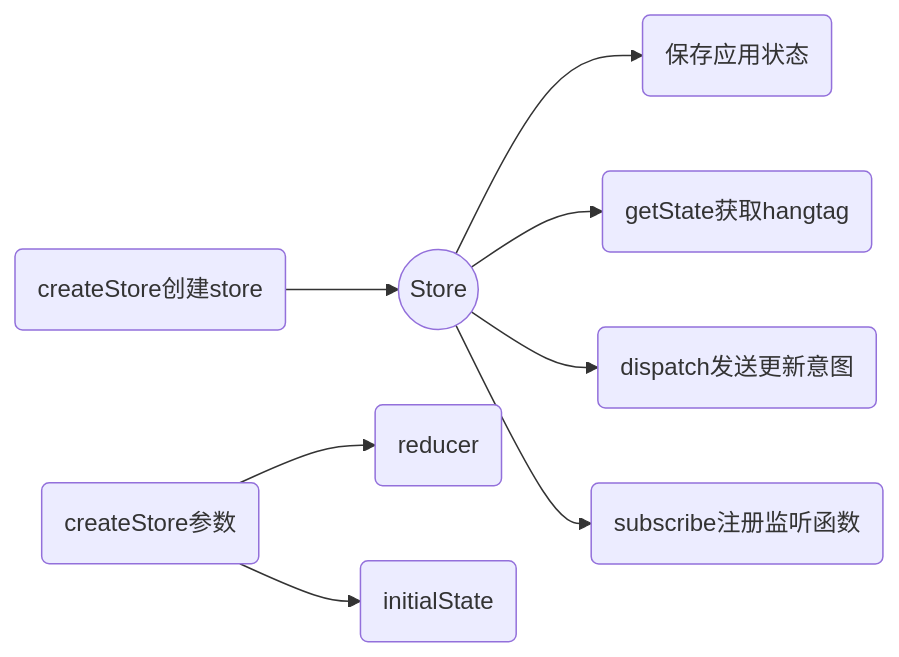
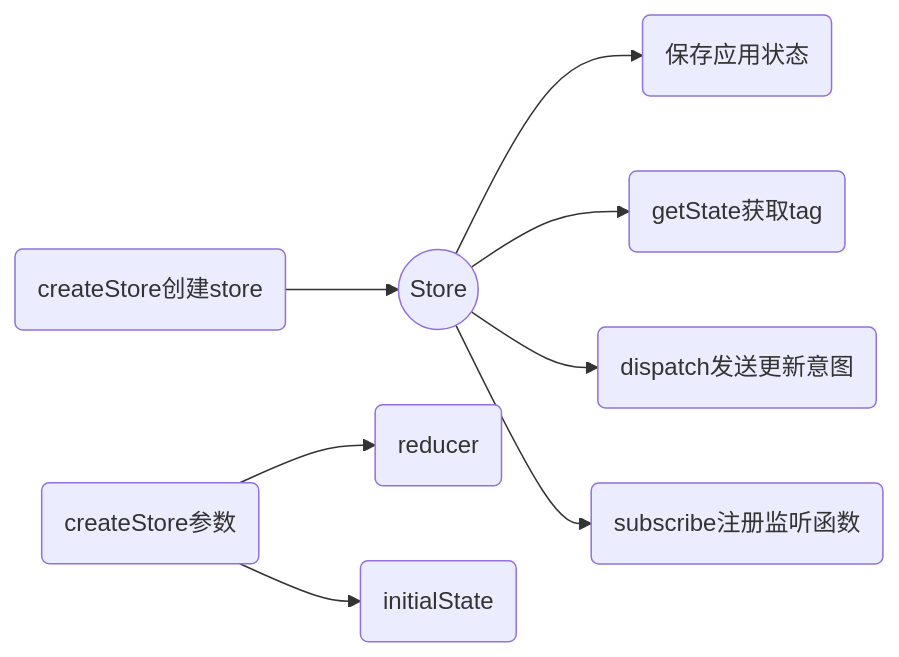
The fourth of 4 diagrams in Redux.md (qinhx/React), drawn with Mermaid before and after one commit. The commit also changed 7 other files, not shown here.

````diff
--- a/Redux.md
+++ b/Redux.md
@@ -72,10 +72,10 @@
 ```mermaid
 graph LR
 A1(createStore创建store)-->A
 A((Store)) -->B(保存应用状态)
-A -->C(getState获取hangtag)
+A -->C(getState获取tag)
 A -->D(dispatch发送更新意图 )
 A -->F(subscribe注册监听函数)
 A2(createStore参数) -->A21(reducer)
 A2 -->A22(initialState)
 ```
````
